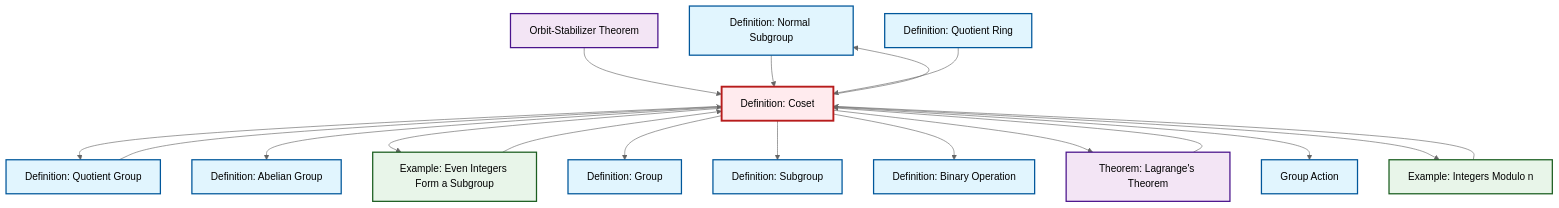
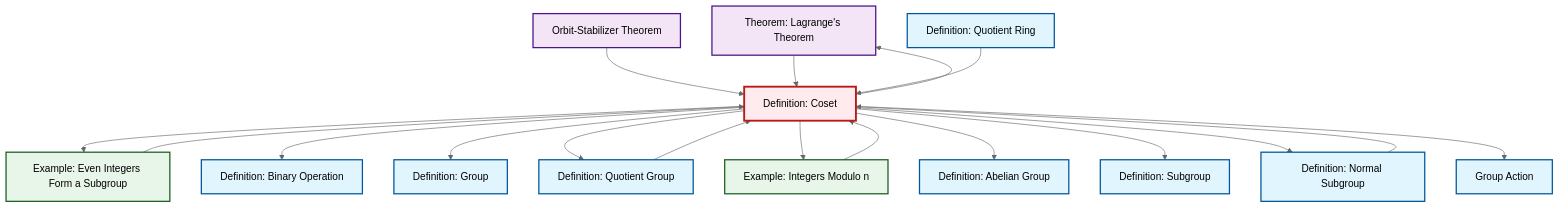
One commit to RK0429/ModernMath changed the diagram in content/ja/algebra/def-coset.qmd. Above: the diagram before and after it, drawn with Mermaid (neutral theme). The commit also changed other lines of this file and 634 other files, not shown here.

````diff
--- a/content/ja/algebra/def-coset.qmd
+++ b/content/ja/algebra/def-coset.qmd
@@ -162,52 +162,52 @@
 ```{mermaid}
 %%| fig-cap: "Local dependency graph"
 graph TD
     classDef definition fill:#e1f5fe,stroke:#01579b,stroke-width:2px
     classDef theorem fill:#f3e5f5,stroke:#4a148c,stroke-width:2px
     classDef axiom fill:#fff3e0,stroke:#e65100,stroke-width:2px
     classDef example fill:#e8f5e9,stroke:#1b5e20,stroke-width:2px
     classDef current fill:#ffebee,stroke:#b71c1c,stroke-width:3px
-    def-binary-operation["Definition: Binary Operation"]:::definition
-    def-normal-subgroup["Definition: Normal Subgroup"]:::definition
+    def-group["Definition: Group"]:::definition
     def-abelian-group["Definition: Abelian Group"]:::definition
     thm-lagrange["Theorem: Lagrange's Theorem"]:::theorem
-    def-group["Definition: Group"]:::definition
+    def-binary-operation["Definition: Binary Operation"]:::definition
+    def-quotient-ring["Definition: Quotient Ring"]:::definition
+    def-quotient-group["Definition: Quotient Group"]:::definition
     def-subgroup["Definition: Subgroup"]:::definition
-    def-quotient-group["Definition: Quotient Group"]:::definition
+    thm-orbit-stabilizer["Orbit-Stabilizer Theorem"]:::theorem
+    def-normal-subgroup["Definition: Normal Subgroup"]:::definition
     ex-even-integers-subgroup["Example: Even Integers Form a Subgroup"]:::example
+    ex-quotient-integers-mod-n["Example: Integers Modulo n"]:::example
+    def-group-action["Group Action"]:::definition
     def-coset["Definition: Coset"]:::definition
-    ex-quotient-integers-mod-n["Example: Integers Modulo n"]:::example
-    thm-orbit-stabilizer["Orbit-Stabilizer Theorem"]:::theorem
-    def-quotient-ring["Definition: Quotient Ring"]:::definition
-    def-group-action["Group Action"]:::definition
+    def-coset --> thm-lagrange
+    def-coset --> ex-even-integers-subgroup
+    def-coset --> def-binary-operation
+    ex-quotient-integers-mod-n --> def-coset
+    def-coset --> def-group
     def-coset --> def-quotient-group
+    def-normal-subgroup --> def-coset
+    def-coset --> ex-quotient-integers-mod-n
     def-coset --> def-abelian-group
-    def-coset --> ex-even-integers-subgroup
     thm-orbit-stabilizer --> def-coset
+    thm-lagrange --> def-coset
     def-quotient-group --> def-coset
-    def-coset --> def-group
     def-coset --> def-subgroup
     ex-even-integers-subgroup --> def-coset
-    def-coset --> def-binary-operation
-    def-normal-subgroup --> def-coset
+    def-quotient-ring --> def-coset
     def-coset --> def-normal-subgroup
-    def-quotient-ring --> def-coset
-    thm-lagrange --> def-coset
-    ex-quotient-integers-mod-n --> def-coset
-    def-coset --> thm-lagrange
     def-coset --> def-group-action
-    def-coset --> ex-quotient-integers-mod-n
     class def-coset current
-    click def-binary-operation "def-binary-operation.html" "Definition: Binary Operationへ"
-    click def-normal-subgroup "def-normal-subgroup.html" "Definition: Normal Subgroupへ"
+    click def-group "def-group.html" "Definition: Groupへ"
     click def-abelian-group "def-abelian-group.html" "Definition: Abelian Groupへ"
     click thm-lagrange "thm-lagrange.html" "Theorem: Lagrange's Theoremへ"
-    click def-group "def-group.html" "Definition: Groupへ"
+    click def-binary-operation "def-binary-operation.html" "Definition: Binary Operationへ"
+    click def-quotient-ring "def-quotient-ring.html" "Definition: Quotient Ringへ"
+    click def-quotient-group "def-quotient-group.html" "Definition: Quotient Groupへ"
     click def-subgroup "def-subgroup.html" "Definition: Subgroupへ"
-    click def-quotient-group "def-quotient-group.html" "Definition: Quotient Groupへ"
+    click thm-orbit-stabilizer "thm-orbit-stabilizer.html" "Orbit-Stabilizer Theoremへ"
+    click def-normal-subgroup "def-normal-subgroup.html" "Definition: Normal Subgroupへ"
     click ex-even-integers-subgroup "ex-even-integers-subgroup.html" "Example: Even Integers Form a Subgroupへ"
     click ex-quotient-integers-mod-n "ex-quotient-integers-mod-n.html" "Example: Integers Modulo nへ"
-    click thm-orbit-stabilizer "thm-orbit-stabilizer.html" "Orbit-Stabilizer Theoremへ"
-    click def-quotient-ring "def-quotient-ring.html" "Definition: Quotient Ringへ"
     click def-group-action "def-group-action.html" "Group Actionへ"
 ```
````
